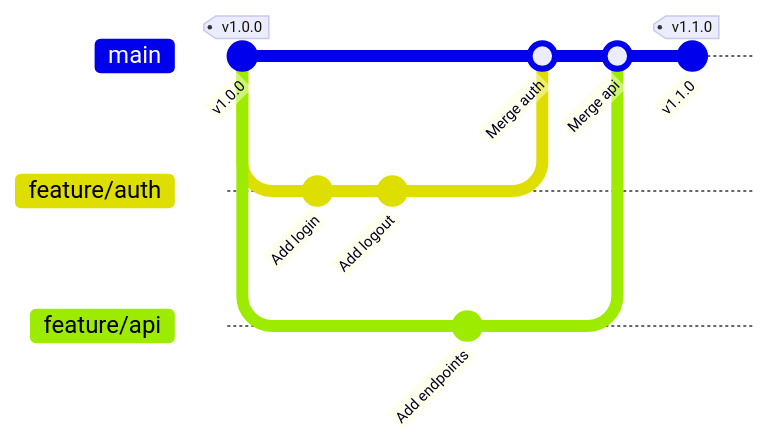
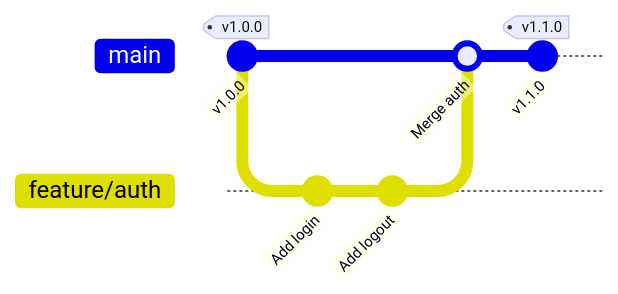
The ninth of 9 diagrams in .agents/tools/diagrams/mermaid-diagrams-skill/data-charts.md (marcusquinn/aidevops), drawn with Mermaid before and after one commit. The commit also changed other lines of this file, not shown here.

Commit message:
docs: tighten Data Charts & Timelines doc (209 -> 155 lines, -26%) (#11602)

````diff
--- a/.agents/tools/diagrams/mermaid-diagrams-skill/data-charts.md
+++ b/.agents/tools/diagrams/mermaid-diagrams-skill/data-charts.md
@@ -192,16 +144,10 @@
 ```mermaid
 gitGraph
     commit id: "v1.0.0" tag: "v1.0.0"
     branch feature/auth
-    checkout feature/auth
     commit id: "Add login"
     commit id: "Add logout"
     checkout main
-    branch feature/api
-    checkout feature/api
-    commit id: "Add endpoints"
-    checkout main
     merge feature/auth id: "Merge auth"
-    merge feature/api id: "Merge api"
     commit id: "v1.1.0" tag: "v1.1.0"
 ```
````
